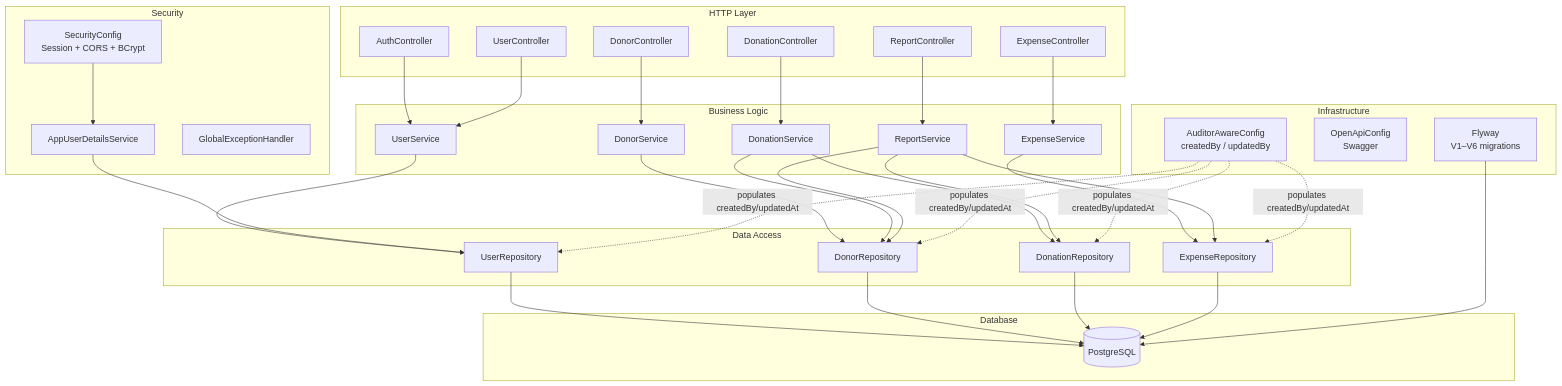
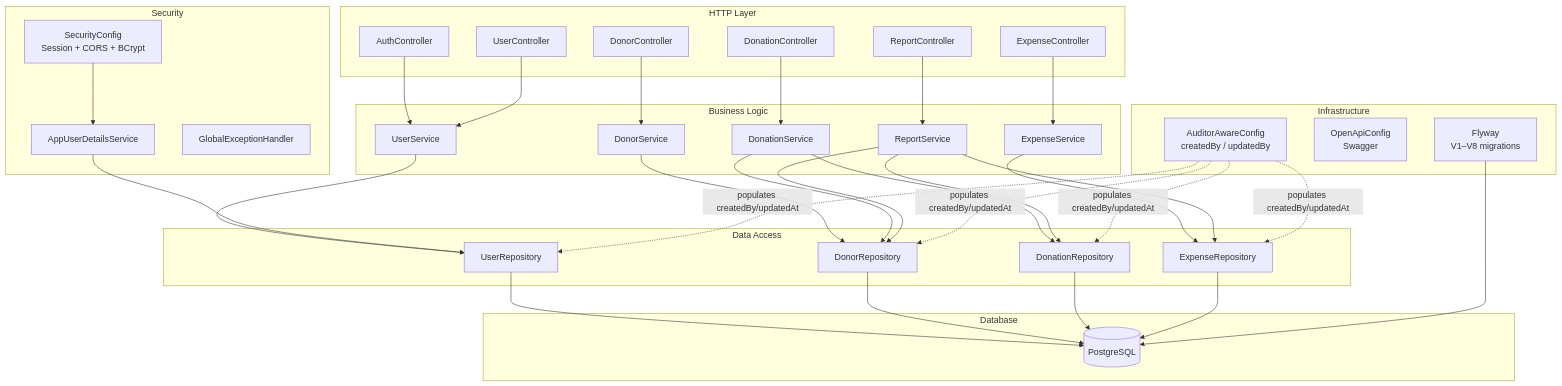
One commit to jorgetroya80/donations-api changed the second of 12 diagrams in docs/architecture.md. Above: the diagram before and after it, drawn with Mermaid. The commit also changed other lines of this file and 7 other files, not shown here.

````diff
--- a/docs/architecture.md
+++ b/docs/architecture.md
@@ -99,72 +111,72 @@
 ```mermaid
 graph TB
     subgraph "HTTP Layer"
         AC[AuthController]
         UC[UserController]
         DC[DonorController]
         DOC[DonationController]
         EC[ExpenseController]
         RC[ReportController]
     end
 
     subgraph "Security"
         SEC[SecurityConfig<br/>Session + CORS + BCrypt]
         UDS[AppUserDetailsService]
         GEH[GlobalExceptionHandler]
     end
 
     subgraph "Business Logic"
         US[UserService]
         DS[DonorService]
         DOS[DonationService]
         ES[ExpenseService]
         RS[ReportService]
     end
 
     subgraph "Data Access"
         UR[UserRepository]
         DR[DonorRepository]
         DOR[DonationRepository]
         ER[ExpenseRepository]
     end
 
     subgraph "Infrastructure"
         AUD[AuditorAwareConfig<br/>createdBy / updatedBy]
         OAP[OpenApiConfig<br/>Swagger]
-        FLY[Flyway<br/>V1–V6 migrations]
+        FLY[Flyway<br/>V1–V8 migrations]
     end
 
     subgraph "Database"
         PG[(PostgreSQL)]
     end
 
     AC --> US
     UC --> US
     DC --> DS
     DOC --> DOS
     EC --> ES
     RC --> RS
 
     US --> UR
     DS --> DR
     DOS --> DOR
     DOS --> DR
     ES --> ER
     RS --> DOR
     RS --> ER
     RS --> DR
 
     UDS --> UR
     SEC --> UDS
 
     UR --> PG
     DR --> PG
     DOR --> PG
     ER --> PG
     FLY --> PG
 
     AUD -.->|"populates createdBy/updatedAt"| UR
     AUD -.->|"populates createdBy/updatedAt"| DR
     AUD -.->|"populates createdBy/updatedAt"| DOR
     AUD -.->|"populates createdBy/updatedAt"| ER
 ```
````
